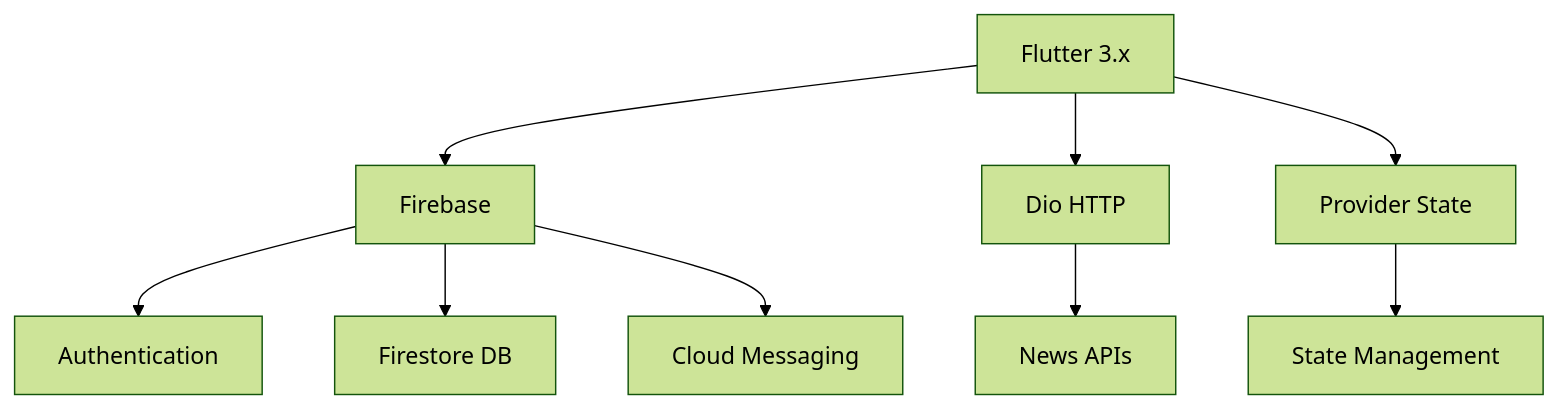
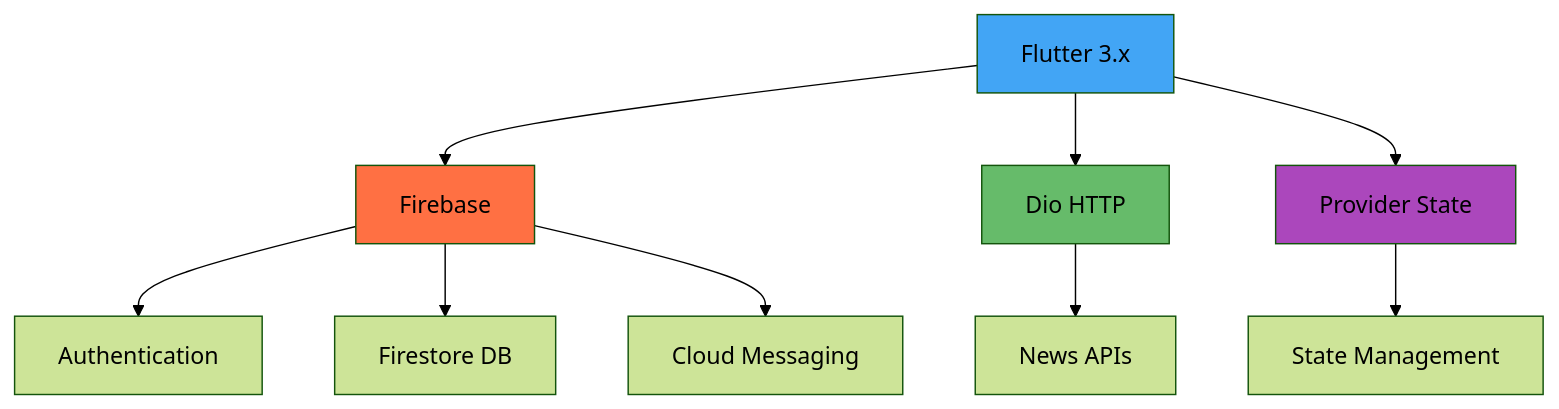
Before and after one commit to Maftuuh1922/aplikasi_berita: the diagram in README.md, drawn with Mermaid (forest theme). The commit also changed other lines of this file, not shown here.

````diff
--- a/README.md
+++ b/README.md
@@ -77,11 +124,16 @@
 ```mermaid
 graph TD
     A[Flutter 3.x] --> B[Firebase]
     A --> C[Dio HTTP]
     A --> D[Provider State]
     B --> E[Authentication]
     B --> F[Firestore DB]
     B --> G[Cloud Messaging]
     C --> H[News APIs]
     D --> I[State Management]
+    
+    style A fill:#42A5F5
+    style B fill:#FF7043
+    style C fill:#66BB6A
+    style D fill:#AB47BC
 ```
````
